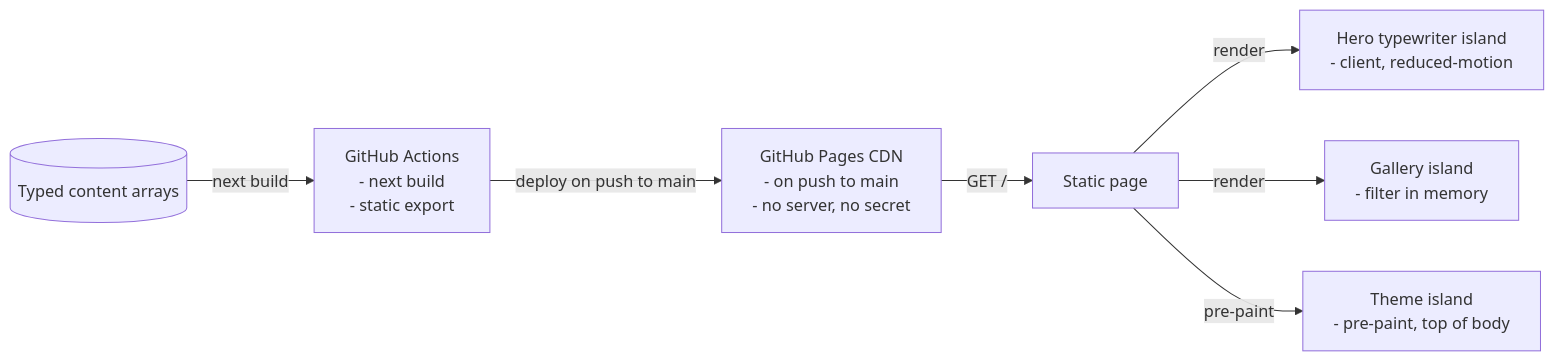
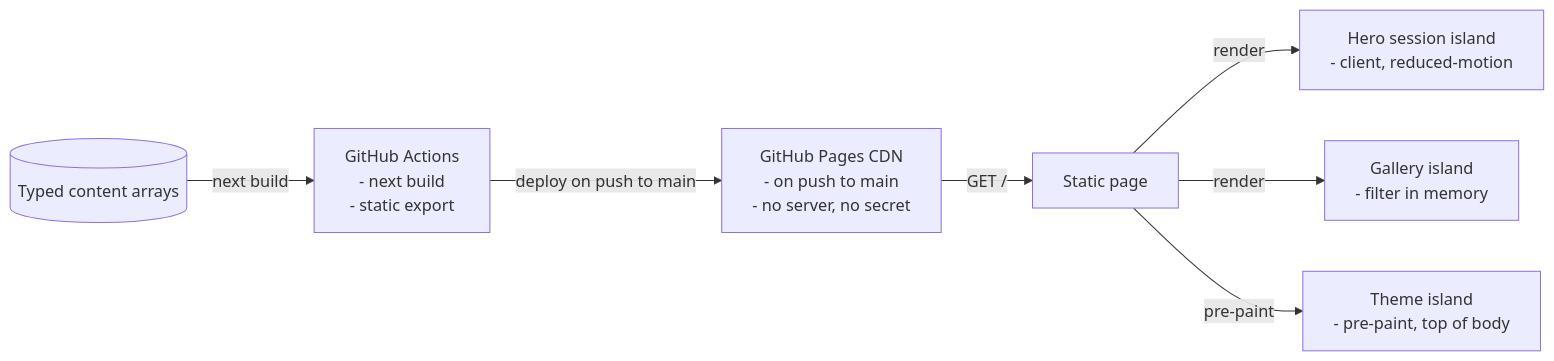
The fourth of 4 diagrams in README.md (elleskay/platform-site), drawn with Mermaid before and after one commit. The commit also changed other lines of this file and 16 other files, not shown here.

````diff
--- a/README.md
+++ b/README.md
@@ -241,9 +241,9 @@
 ```mermaid
 flowchart LR
   Content[("Typed content arrays")] -->|"next build"| Build["GitHub Actions<br/>- next build<br/>- static export"]
   Build -->|"deploy on push to main"| CDN["GitHub Pages CDN<br/>- on push to main<br/>- no server, no secret"]
   CDN -->|"GET /"| Page["Static page"]
-  Page -->|"render"| Hero["Hero typewriter island<br/>- client, reduced-motion"]
+  Page -->|"render"| Hero["Hero session island<br/>- client, reduced-motion"]
   Page -->|"render"| Gallery["Gallery island<br/>- filter in memory"]
   Page -->|"pre-paint"| Theme["Theme island<br/>- pre-paint, top of body"]
 ```
````
